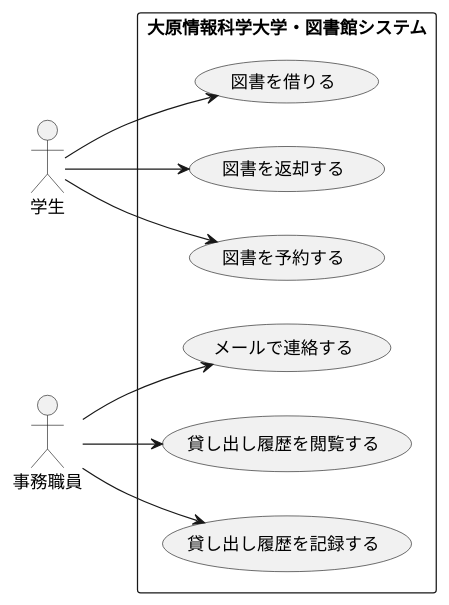
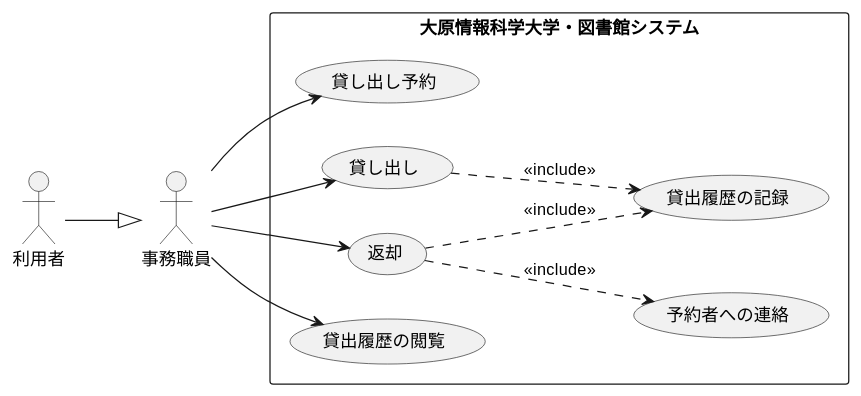
Before and after one commit to mameiku/G3-4: the diagram in usecase.pu, drawn with PlantUML.

Commit message:
コミット

```diff
--- a/usecase.pu
+++ b/usecase.pu
@@ -1,20 +1,24 @@
-@startuml web訪問者システムユースケース図
+@startuml 大原情報科学大学・図書館システムユースケース図
 left to right direction
-actor 学生 as U
-actor 事務職員 as J
-
+actor 利用者 as User
+actor 事務職員 as Staff
+ 
 rectangle 大原情報科学大学・図書館システム {
-  usecase "図書を借りる" as UC1
-  usecase "図書を返却する" as UC2
-  usecase "図書を予約する" as UC3
-  usecase "メールで連絡する" as UC4
-  usecase "貸し出し履歴を閲覧する" as UC5
-  usecase "貸し出し履歴を記録する" as UC6
+  usecase "貸し出し予約" as Reserve
+  usecase "貸し出し" as Checkout
+  usecase "返却" as Return
+  usecase "貸出履歴の閲覧" as ViewHistory
+  usecase "貸出履歴の記録" as RecordHistory
+  usecase "予約者への連絡" as NotifyReservation
 }
-U --> UC1
-U --> UC2
-U --> UC3
-J --> UC4
-J --> UC5
-J --> UC6
+ 
+User --|> Staff
+Staff --> Checkout
+Staff --> Return
+Staff --> Reserve
+Staff --> ViewHistory
+ 
+Checkout ..> RecordHistory : <<include>>
+Return ..> RecordHistory : <<include>>
+Return ..> NotifyReservation : <<include>>
 @enduml
```
